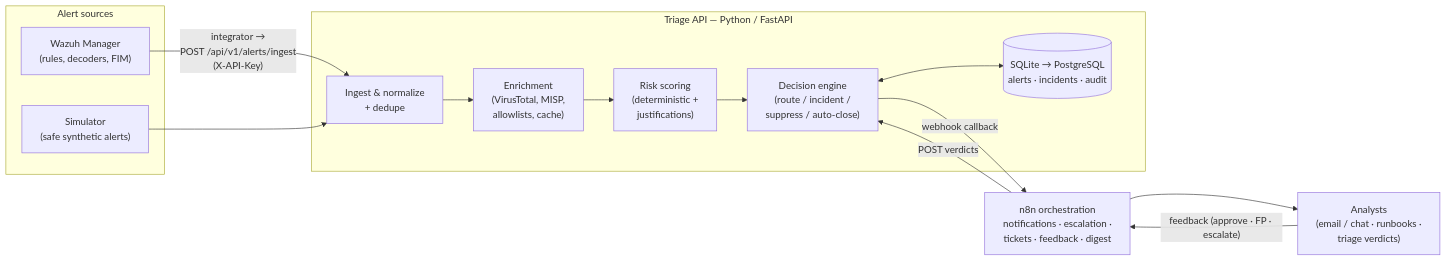
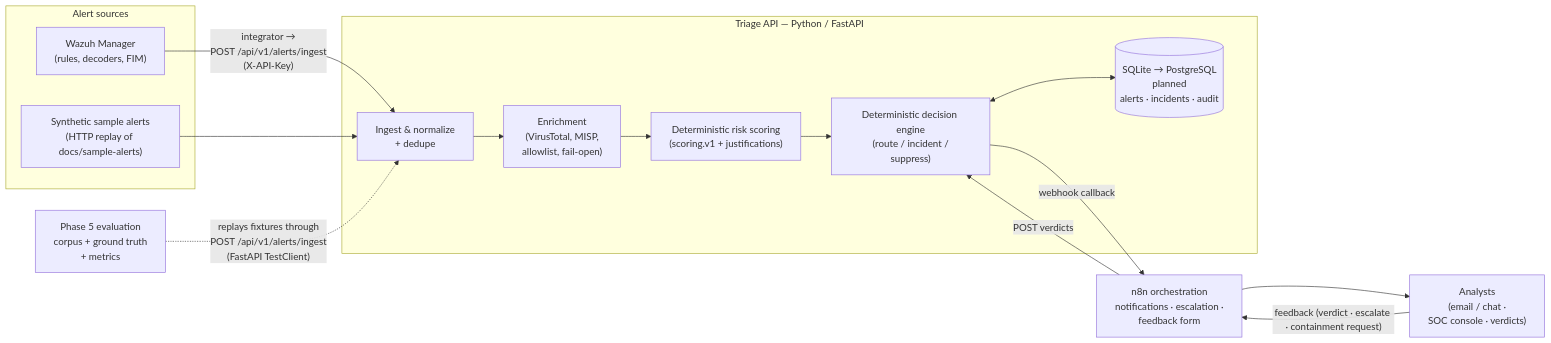
Before and after one commit to SadashivPole/soc-alert-triage-automation: the diagram in README.md, drawn with Mermaid. The commit also changed other lines of this file and 1 other file, not shown here.

````diff
--- a/README.md
+++ b/README.md
@@ -94,28 +144,29 @@
 ```mermaid
 flowchart LR
     subgraph sources["Alert sources"]
         W["Wazuh Manager\n(rules, decoders, FIM)"]
-        S["Simulator\n(safe synthetic alerts)"]
+        S["Synthetic sample alerts\n(HTTP replay of docs/sample-alerts)"]
     end
 
     subgraph triage["Triage API — Python / FastAPI"]
         IN["Ingest & normalize\n+ dedupe"]
-        ER["Enrichment\n(VirusTotal, MISP,\nallowlists, cache)"]
-        SC["Risk scoring\n(deterministic +\njustifications)"]
-        DE["Decision engine\n(route / incident /\nsuppress / auto-close)"]
-        DB[("SQLite → PostgreSQL\nalerts · incidents · audit")]
+        ER["Enrichment\n(VirusTotal, MISP,\nallowlist, fail-open)"]
+        SC["Deterministic risk scoring\n(scoring.v1 + justifications)"]
+        DE["Deterministic decision engine\n(route / incident /\nsuppress)"]
+        DB[("SQLite → PostgreSQL\nplanned\nalerts · incidents · audit")]
     end
 
-    N["n8n orchestration\nnotifications · escalation ·\ntickets · feedback · digest"]
-
-    A["Analysts\n(email / chat · runbooks ·\ntriage verdicts)"]
+    N["n8n orchestration\nnotifications · escalation ·\nfeedback form"]
+    A["Analysts\n(email / chat ·\nSOC console · verdicts)"]
+    EV["Phase 5 evaluation\ncorpus + ground truth\n+ metrics"]
 
     W -->|"integrator →\nPOST /api/v1/alerts/ingest\n(X-API-Key)"| IN
     S --> IN
     IN --> ER --> SC --> DE
     DE <--> DB
     DE -->|"webhook callback"| N
     N --> A
-    A -->|"feedback (approve · FP · escalate)"| N
+    A -->|"feedback (verdict · escalate · containment request)"| N
     N -->|"POST verdicts"| DE
+    EV -.->|"replays fixtures through\nPOST /api/v1/alerts/ingest\n(FastAPI TestClient)"| IN
 ```
````
